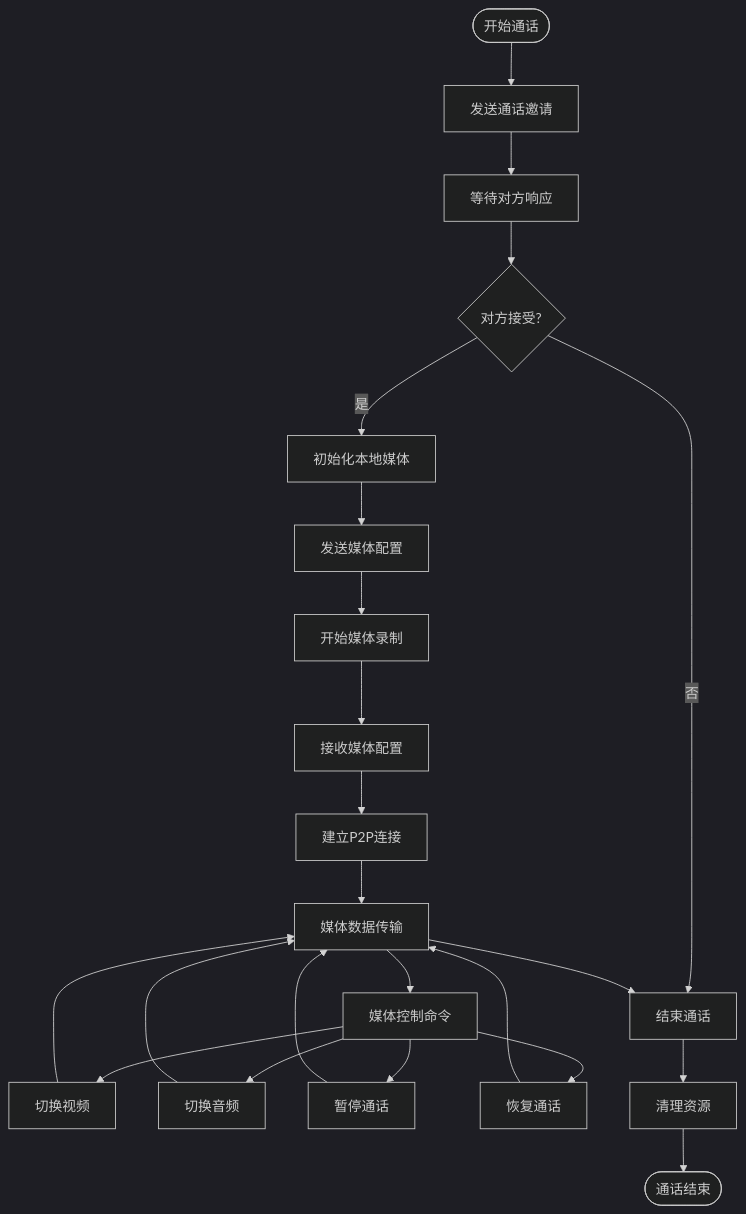
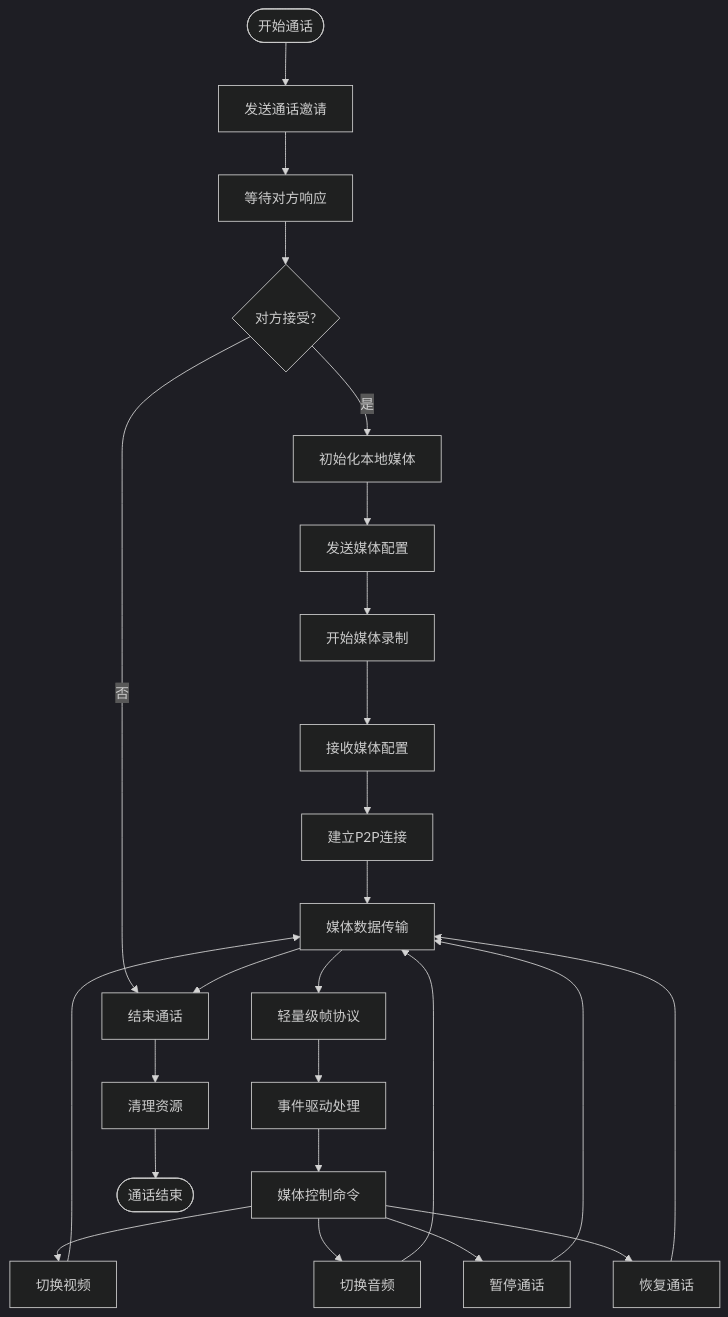
Before and after one commit to nicolastinger/only-talk-app: the fourth of 12 diagrams in .qoder/repowiki/zh/content/Privacy Video Call.md, drawn with Mermaid (dark theme). The commit also changed other lines of this file and 5 other files, not shown here.

````diff
--- a/.qoder/repowiki/zh/content/Privacy Video Call.md
+++ b/.qoder/repowiki/zh/content/Privacy Video Call.md
@@ -160,25 +177,27 @@
 ```mermaid
 flowchart TD
 Start([开始通话]) --> Invite[发送通话邀请]
 Invite --> Wait[等待对方响应]
 Wait --> Accepted{对方接受?}
 Accepted --> |是| InitMedia[初始化本地媒体]
 Accepted --> |否| EndCall[结束通话]
 InitMedia --> SendConfig[发送媒体配置]
 SendConfig --> StartRecording[开始媒体录制]
 StartRecording --> ReceiveConfig[接收媒体配置]
 ReceiveConfig --> EstablishConnection[建立P2P连接]
 EstablishConnection --> MediaTransfer[媒体数据传输]
-MediaTransfer --> ControlCommands[媒体控制命令]
+MediaTransfer --> LightWeightProtocol[轻量级帧协议]
+LightWeightProtocol --> EventHandling[事件驱动处理]
+EventHandling --> ControlCommands[媒体控制命令]
 ControlCommands --> ToggleVideo[切换视频]
 ControlCommands --> ToggleAudio[切换音频]
 ControlCommands --> PauseCall[暂停通话]
 ControlCommands --> ResumeCall[恢复通话]
 ToggleVideo --> MediaTransfer
 ToggleAudio --> MediaTransfer
 PauseCall --> MediaTransfer
 ResumeCall --> MediaTransfer
 MediaTransfer --> EndCall[结束通话]
 EndCall --> Cleanup[清理资源]
 Cleanup --> Complete([通话结束])
 ```
````
